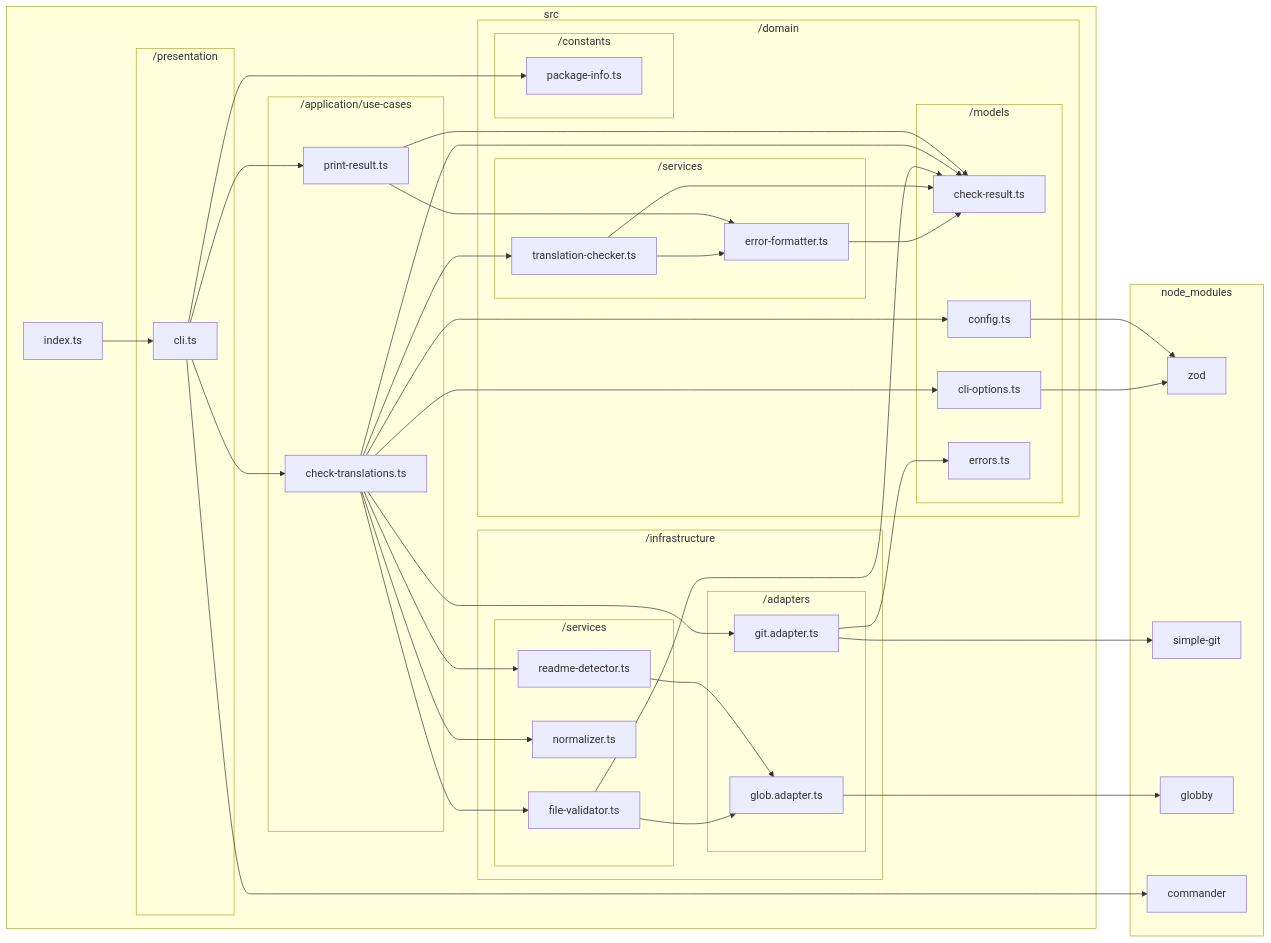
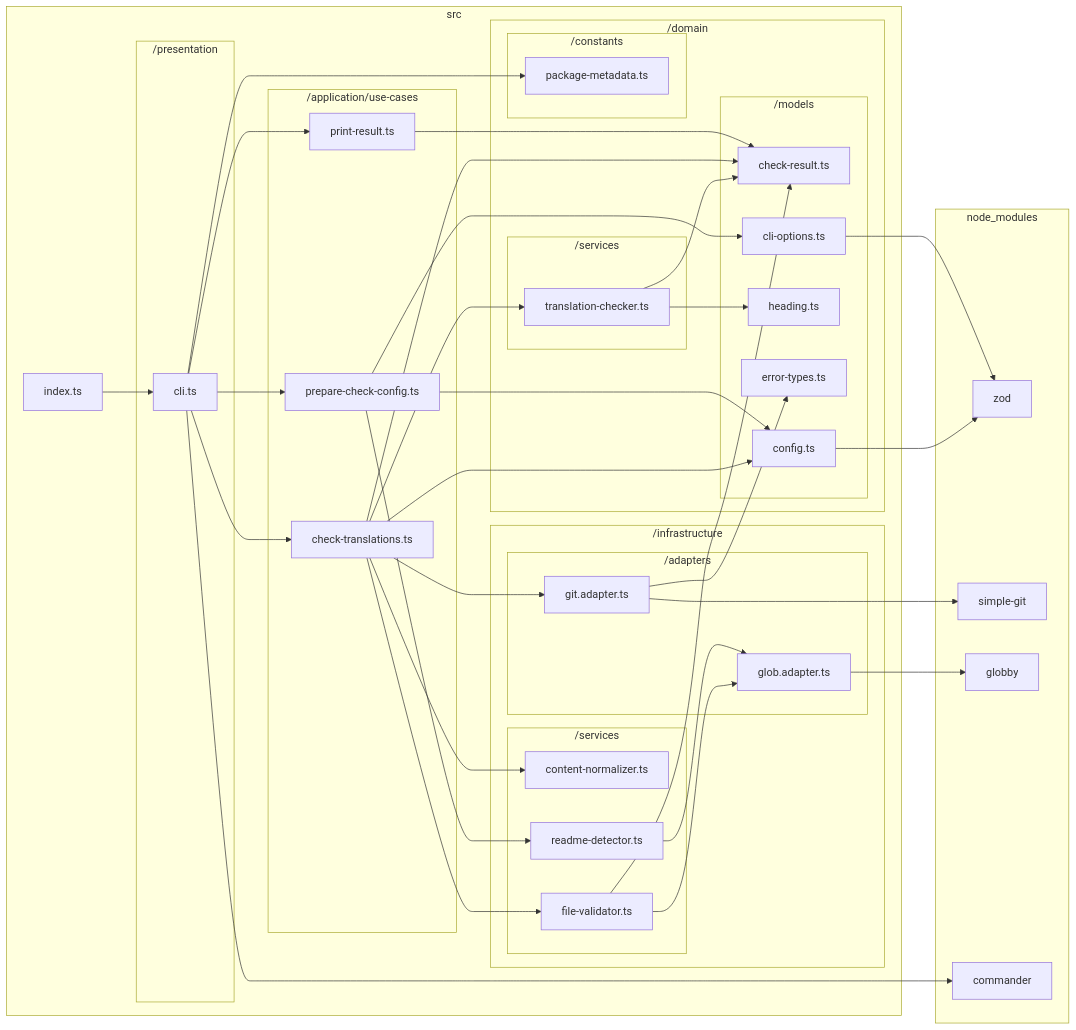
Before and after one commit to sugurutakahashi-1234/readme-i18n-sentinel: the diagram in docs/reports/dependencies/deps-graph.md, drawn with Mermaid. The commit also changed 17 other files, not shown here.

First line of the commit message:
refactor: reorganize translation checking logic and improve error handling

````diff
--- a/docs/reports/dependencies/deps-graph.md
+++ b/docs/reports/dependencies/deps-graph.md
@@ -7,71 +7,72 @@
 ```mermaid
 flowchart LR
     subgraph src["src"]
         src/index.ts["index.ts"]
         subgraph src/domain["/domain"]
             subgraph src/domain/models["/models"]
                 src/domain/models/check//result.ts["check-result.ts"]
+                src/domain/models/config.ts["config.ts"]
+                src/domain/models/heading.ts["heading.ts"]
+                src/domain/models/error//types.ts["error-types.ts"]
                 src/domain/models/cli//options.ts["cli-options.ts"]
-                src/domain/models/config.ts["config.ts"]
-                src/domain/models/errors.ts["errors.ts"]
             end
             subgraph src/domain/services["/services"]
-                src/domain/services/error//formatter.ts["error-formatter.ts"]
                 src/domain/services/translation//checker.ts["translation-checker.ts"]
             end
             subgraph src/domain/constants["/constants"]
-                src/domain/constants/package//info.ts["package-info.ts"]
+                src/domain/constants/package//metadata.ts["package-metadata.ts"]
             end
         end
         subgraph src/infrastructure["/infrastructure"]
             subgraph src/infrastructure/adapters["/adapters"]
                 src/infrastructure/adapters/git.adapter.ts["git.adapter.ts"]
                 src/infrastructure/adapters/glob.adapter.ts["glob.adapter.ts"]
             end
             subgraph src/infrastructure/services["/services"]
+                src/infrastructure/services/content//normalizer.ts["content-normalizer.ts"]
                 src/infrastructure/services/file//validator.ts["file-validator.ts"]
-                src/infrastructure/services/normalizer.ts["normalizer.ts"]
                 src/infrastructure/services/readme//detector.ts["readme-detector.ts"]
             end
         end
         subgraph src/application/use//cases["/application/use-cases"]
             src/application/use//cases/check//translations.ts["check-translations.ts"]
+            src/application/use//cases/prepare//check//config.ts["prepare-check-config.ts"]
             src/application/use//cases/print//result.ts["print-result.ts"]
         end
         subgraph src/presentation["/presentation"]
             src/presentation/cli.ts["cli.ts"]
         end
     end
     subgraph node//modules["node_modules"]
         node//modules/zod/index.d.cts["zod"]
         node//modules/simple//git/dist/typings/index.d.ts["simple-git"]
         node//modules/globby/index.d.ts["globby"]
         node//modules/commander/typings/index.d.ts["commander"]
     end
-    src/domain/models/cli//options.ts-->node//modules/zod/index.d.cts
     src/domain/models/config.ts-->node//modules/zod/index.d.cts
-    src/domain/services/error//formatter.ts-->src/domain/models/check//result.ts
     src/domain/services/translation//checker.ts-->src/domain/models/check//result.ts
-    src/domain/services/translation//checker.ts-->src/domain/services/error//formatter.ts
+    src/domain/services/translation//checker.ts-->src/domain/models/heading.ts
     src/infrastructure/adapters/git.adapter.ts-->node//modules/simple//git/dist/typings/index.d.ts
-    src/infrastructure/adapters/git.adapter.ts-->src/domain/models/errors.ts
+    src/infrastructure/adapters/git.adapter.ts-->src/domain/models/error//types.ts
     src/infrastructure/adapters/glob.adapter.ts-->node//modules/globby/index.d.ts
     src/infrastructure/services/file//validator.ts-->src/domain/models/check//result.ts
     src/infrastructure/services/file//validator.ts-->src/infrastructure/adapters/glob.adapter.ts
-    src/infrastructure/services/readme//detector.ts-->src/infrastructure/adapters/glob.adapter.ts
     src/application/use//cases/check//translations.ts-->src/domain/models/check//result.ts
-    src/application/use//cases/check//translations.ts-->src/domain/models/cli//options.ts
     src/application/use//cases/check//translations.ts-->src/domain/models/config.ts
     src/application/use//cases/check//translations.ts-->src/domain/services/translation//checker.ts
     src/application/use//cases/check//translations.ts-->src/infrastructure/adapters/git.adapter.ts
+    src/application/use//cases/check//translations.ts-->src/infrastructure/services/content//normalizer.ts
     src/application/use//cases/check//translations.ts-->src/infrastructure/services/file//validator.ts
-    src/application/use//cases/check//translations.ts-->src/infrastructure/services/normalizer.ts
-    src/application/use//cases/check//translations.ts-->src/infrastructure/services/readme//detector.ts
+    src/domain/models/cli//options.ts-->node//modules/zod/index.d.cts
+    src/infrastructure/services/readme//detector.ts-->src/infrastructure/adapters/glob.adapter.ts
+    src/application/use//cases/prepare//check//config.ts-->src/domain/models/cli//options.ts
+    src/application/use//cases/prepare//check//config.ts-->src/domain/models/config.ts
+    src/application/use//cases/prepare//check//config.ts-->src/infrastructure/services/readme//detector.ts
     src/application/use//cases/print//result.ts-->src/domain/models/check//result.ts
-    src/application/use//cases/print//result.ts-->src/domain/services/error//formatter.ts
     src/presentation/cli.ts-->node//modules/commander/typings/index.d.ts
     src/presentation/cli.ts-->src/application/use//cases/check//translations.ts
+    src/presentation/cli.ts-->src/application/use//cases/prepare//check//config.ts
     src/presentation/cli.ts-->src/application/use//cases/print//result.ts
-    src/presentation/cli.ts-->src/domain/constants/package//info.ts
+    src/presentation/cli.ts-->src/domain/constants/package//metadata.ts
     src/index.ts-->src/presentation/cli.ts
 ```
````
